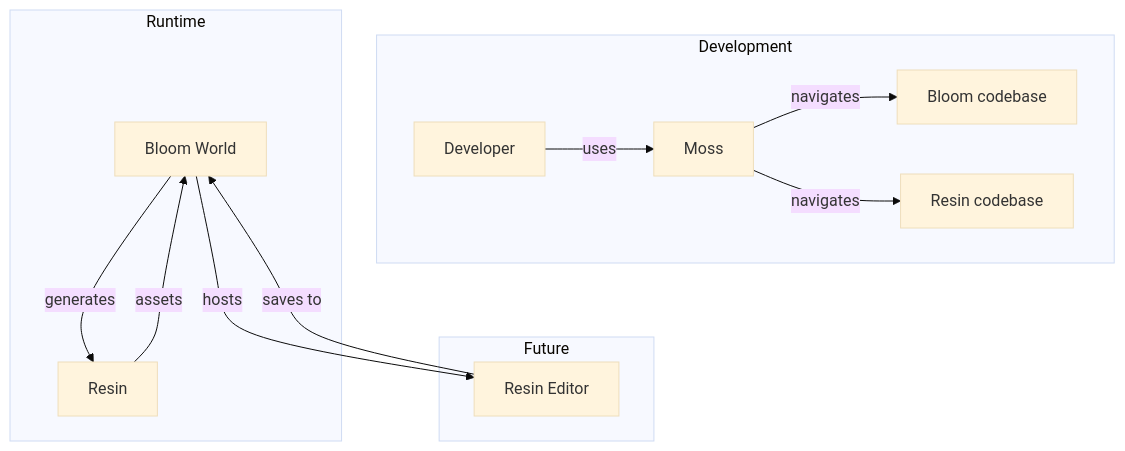
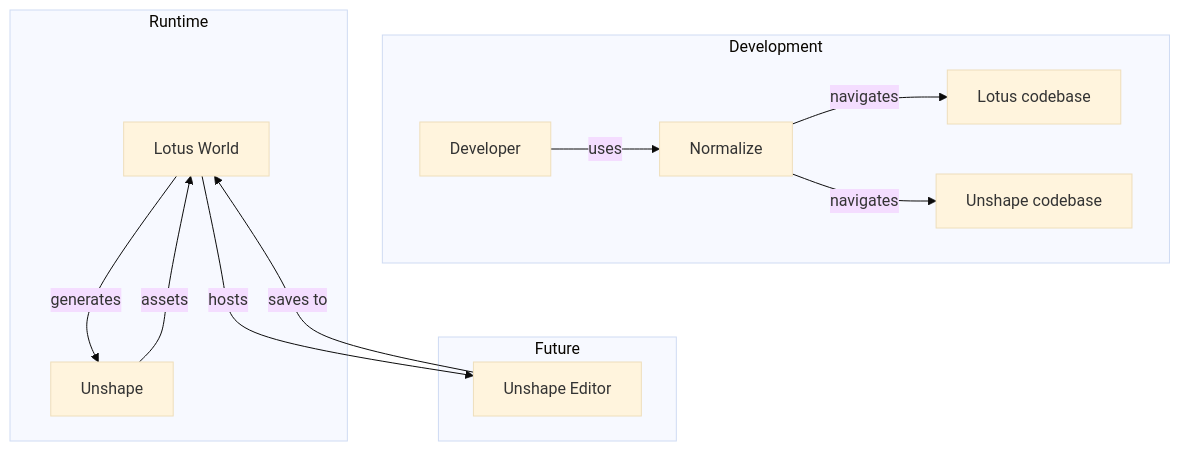
Before and after one commit to rhi-zone/rhi-zone.github.io: the first of 2 diagrams in docs/integration.md, drawn with Mermaid (base theme). The commit also changed other lines of this file and 40 other files, not shown here.

````diff
--- a/docs/integration.md
+++ b/docs/integration.md
@@ -9,18 +9,18 @@
 ```mermaid
 graph TD
     subgraph Development
-        DEV[Developer] --> |uses| MOSS[Moss]
-        MOSS --> |navigates| BLOOM_CODE[Bloom codebase]
-        MOSS --> |navigates| RESIN_CODE[Resin codebase]
+        DEV[Developer] --> |uses| NORMALIZE[Normalize]
+        NORMALIZE --> |navigates| LOTUS_CODE[Lotus codebase]
+        NORMALIZE --> |navigates| UNSHAPE_CODE[Unshape codebase]
     end
 
     subgraph Runtime
-        BLOOM[Bloom World] --> |generates| RESIN[Resin]
-        RESIN --> |assets| BLOOM
+        LOTUS[Lotus World] --> |generates| UNSHAPE[Unshape]
+        UNSHAPE --> |assets| LOTUS
     end
 
     subgraph Future
-        BLOOM --> |hosts| EDITOR[Resin Editor]
-        EDITOR --> |saves to| BLOOM
+        LOTUS --> |hosts| EDITOR[Unshape Editor]
+        EDITOR --> |saves to| LOTUS
     end
 ```
````
